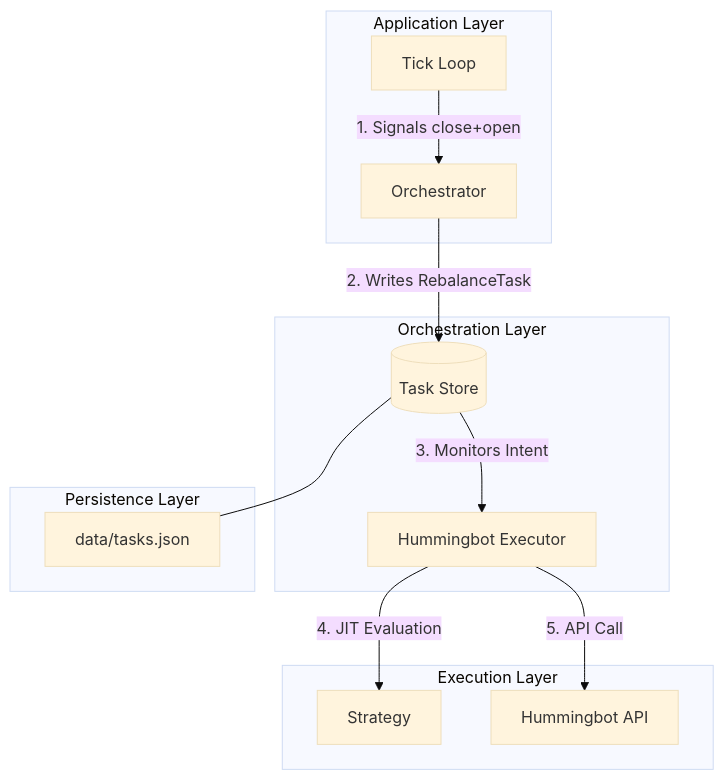
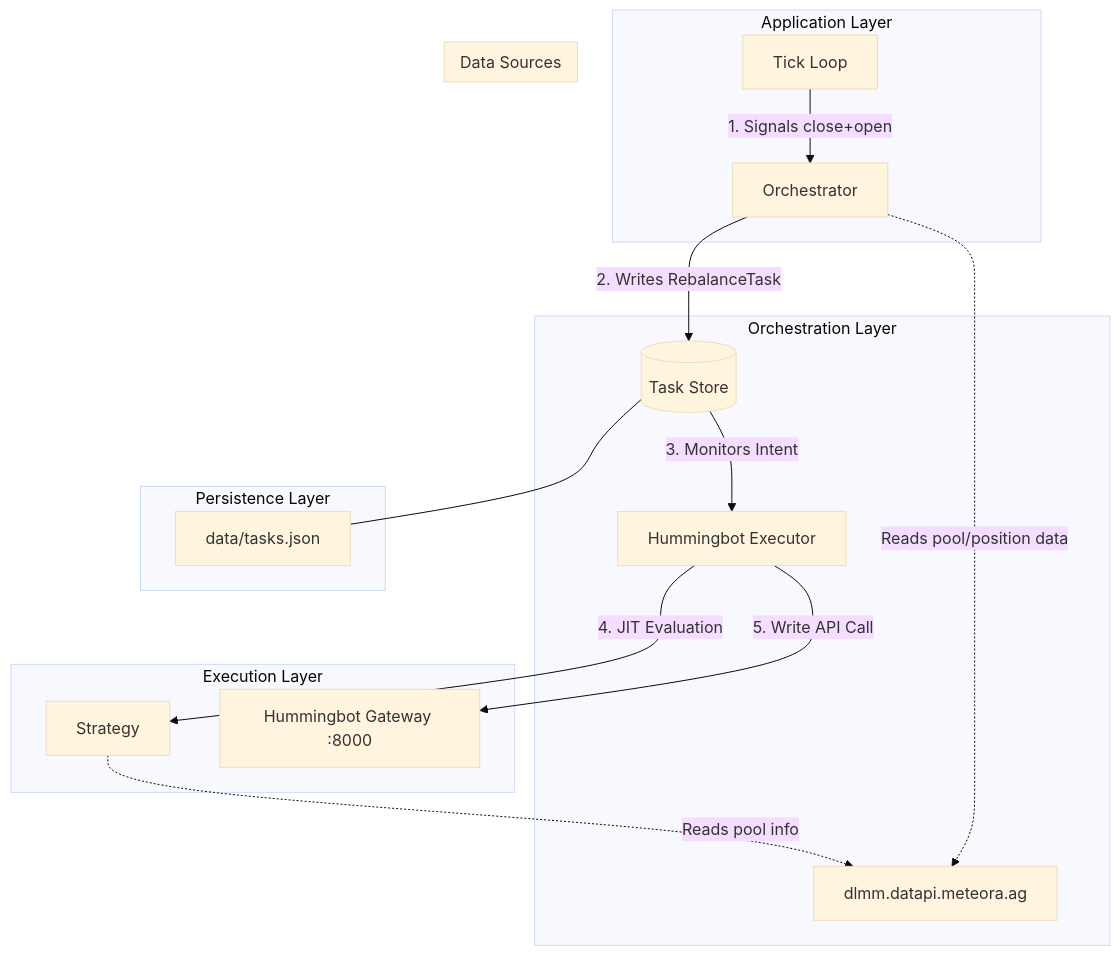
The first of 4 diagrams in docs/ARCHITECTURE.md (romankurnovskii/aria-vega-market-maker), drawn with Mermaid (base theme) before and after one commit. The commit also changed other lines of this file and 4 other files, not shown here.

````diff
--- a/docs/ARCHITECTURE.md
+++ b/docs/ARCHITECTURE.md
@@ -18,20 +18,27 @@
 ```mermaid
 graph TD
     subgraph Application_Layer [Application Layer]
         TL[Tick Loop] --> |"1. Signals close+open"| OR[Orchestrator]
     end
 
     subgraph Orchestration_Layer [Orchestration Layer]
         OR --> |"2. Writes RebalanceTask"| TS[(Task Store)]
         TS --> |"3. Monitors Intent"| EX[Hummingbot Executor]
+        OR -.-> |"Reads pool/position data"| MD[Meteora Datapi API]
     end
 
     subgraph Persistence_Layer [Persistence Layer]
         TS --- JF[data/tasks.json]
     end
 
     subgraph Execution_Layer [Execution Layer]
         EX --> |"4. JIT Evaluation"| ST[Strategy]
-        EX --> |"5. API Call"| RPC[Hummingbot API]
+        ST -.-> |"Reads pool info"| MD
+        EX --> |"5. Write API Call"| HB[Hummingbot API]
+    end
+
+    subgraph Data_Sources [Data Sources]
+        MD[dlmm.datapi.meteora.ag]
+        HB[Hummingbot Gateway :8000]
     end
 ```
````
